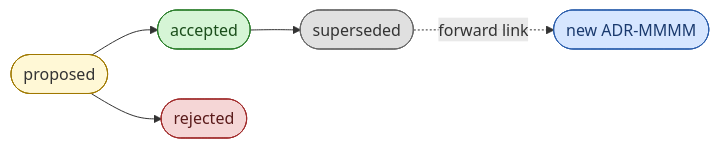
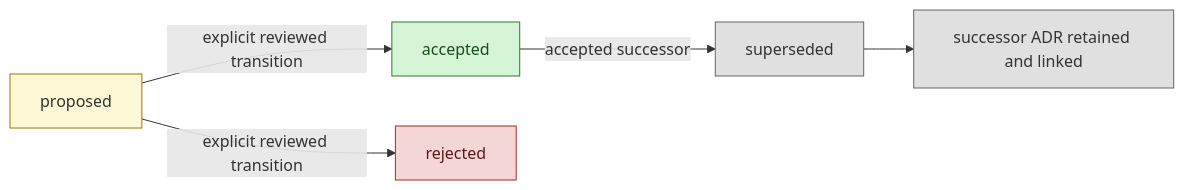
One commit to bartytime4life/Kansas-Frontier-Matrix changed the diagram in docs/adr/ADR-template.md. Above: the diagram before and after it, drawn with Mermaid. The commit also changed other lines of this file, not shown here.

Commit message:
docs(adr): modernize ADR authoring template

````diff
--- a/docs/adr/ADR-template.md
+++ b/docs/adr/ADR-template.md
@@ -102,13 +188,16 @@
 ```mermaid
 flowchart LR
-  P([proposed]):::start --> A([accepted]):::ok
-  P --> R([rejected]):::stop
-  A --> S([superseded]):::sup
-  S -.forward link.-> N([new ADR-MMMM]):::new
+    P["proposed"] -->|explicit reviewed transition| A["accepted"]
+    P -->|explicit reviewed transition| R["rejected"]
+    A -->|accepted successor| S["superseded"]
+    S --> N["successor ADR retained and linked"]
 
-  classDef start fill:#fff8d6,stroke:#a07900,color:#333
-  classDef ok fill:#d6f5d6,stroke:#2a7d2a,color:#1a4d1a
-  classDef stop fill:#f5d6d6,stroke:#a02a2a,color:#5a1a1a
-  classDef sup fill:#e0e0e0,stroke:#666,color:#333
-  classDef new fill:#d6e6ff,stroke:#2a5dab,color:#1a3a6e
+    classDef proposed fill:#fff8d6,stroke:#a07900,color:#333
+    classDef accepted fill:#d6f5d6,stroke:#2a7d2a,color:#1a4d1a
+    classDef rejected fill:#f5d6d6,stroke:#a02a2a,color:#5a1a1a
+    classDef superseded fill:#e0e0e0,stroke:#666,color:#333
+    class P proposed
+    class A accepted
+    class R rejected
+    class S,N superseded
 ```
````
